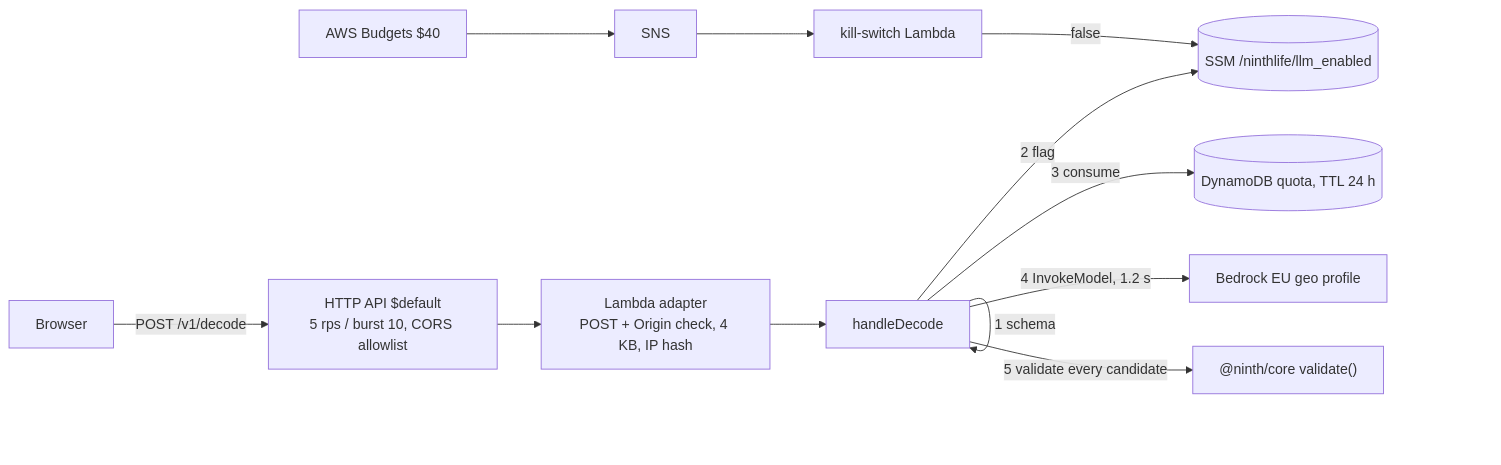
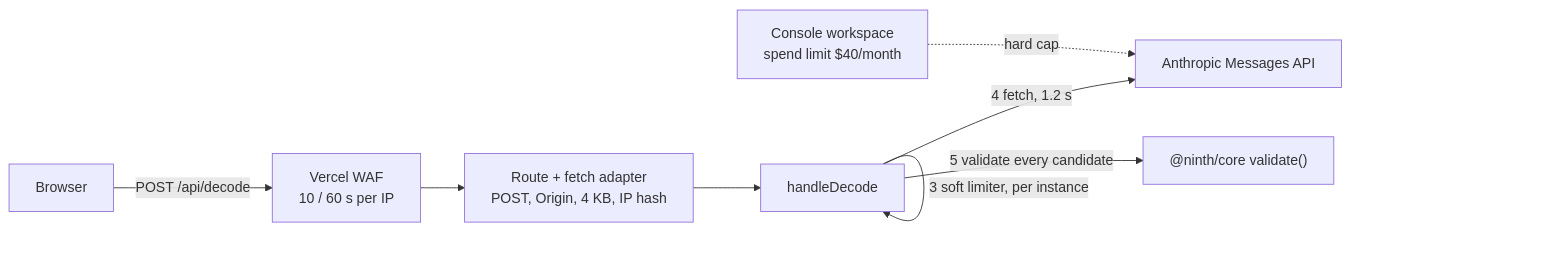
Before and after one commit to razvanstatescu/Ninth-Life: the diagram in .kiro/specs/decoder-service/design.md, drawn with Mermaid. The commit also changed other lines of this file and 46 other files, not shown here.

First line of the commit message:
Replace AWS with Vercel + Anthropic API for model ranking

````diff
--- a/.kiro/specs/decoder-service/design.md
+++ b/.kiro/specs/decoder-service/design.md
@@ -12,12 +13,12 @@
 ```mermaid
 flowchart LR
-  B[Browser] -->|POST /v1/decode| G[HTTP API $default<br/>5 rps / burst 10, CORS allowlist]
-  G --> L[Lambda adapter<br/>POST + Origin check, 4 KB, IP hash]
-  L --> H[handleDecode]
+  B[Browser] -->|POST /api/decode| W[Vercel WAF<br/>10 / 60 s per IP]
+  W --> R[Route + fetch adapter<br/>POST, Origin, 4 KB, IP hash]
+  R --> H[handleDecode]
   H -->|1 schema| H
-  H -->|2 flag| S[(SSM /ninthlife/llm_enabled)]
-  H -->|3 consume| D[(DynamoDB quota, TTL 24 h)]
-  H -->|4 InvokeModel, 1.2 s| M[Bedrock EU geo profile]
+  H -->|2 LLM_ENABLED + key| H
+  H -->|3 soft limiter, per instance| H
+  H -->|4 fetch, 1.2 s| A[Anthropic Messages API]
   H -->|5 validate every candidate| C["@ninth/core validate()"]
-  Budget[AWS Budgets $40] --> T[SNS] --> K[kill-switch Lambda] -->|false| S
+  S[Console workspace<br/>spend limit $40/month] -.hard cap.-> A
 ```
````
